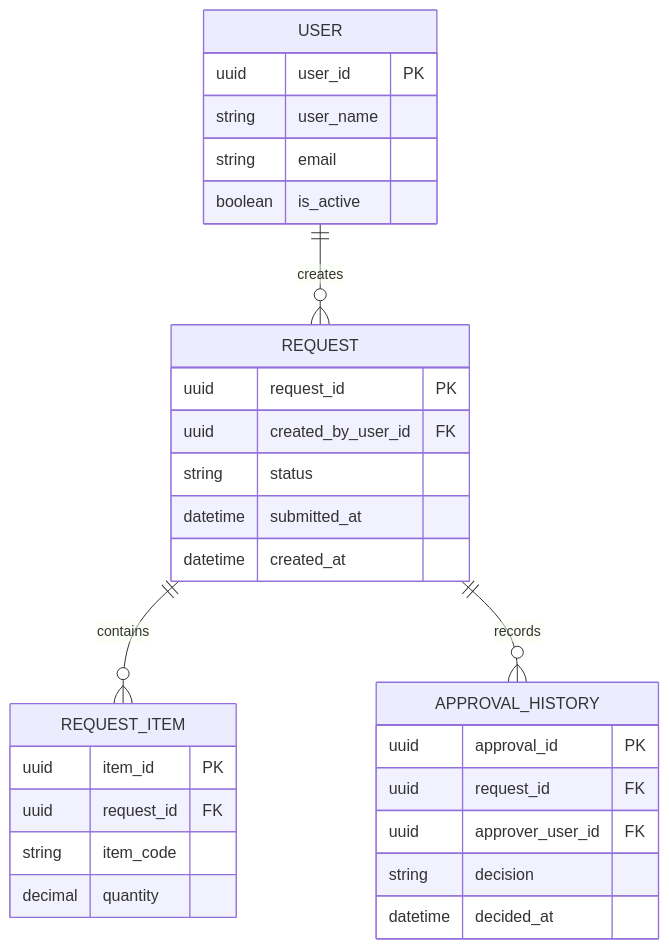
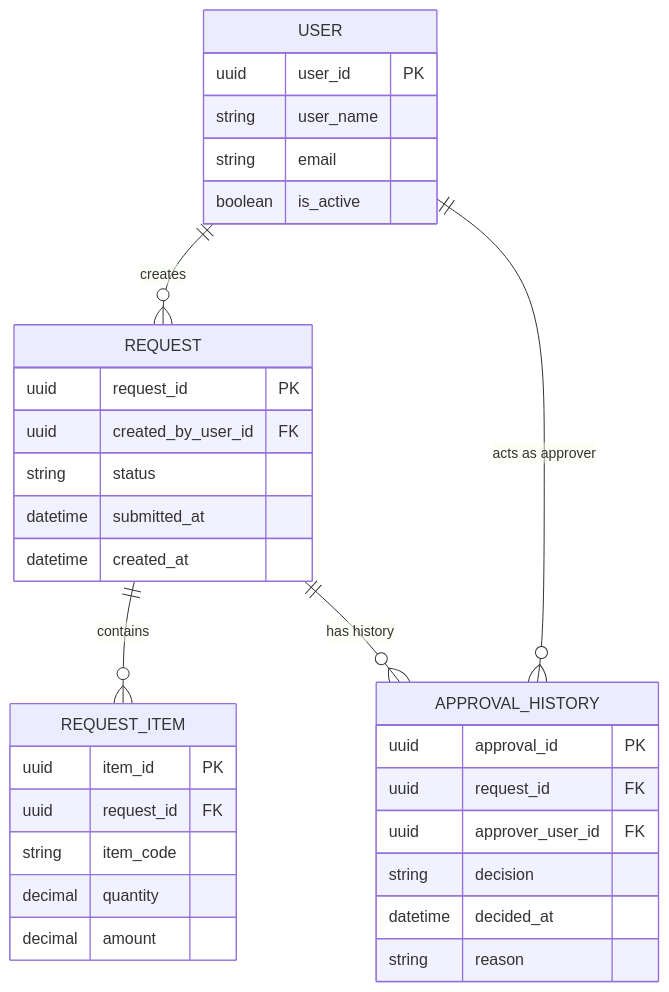
Before and after one commit to Ducklazy231/system-analysis-skill: the diagram in examples/diagrams/erd-request-management.mmd, drawn with Mermaid.

Commit message:
examples: align editable ERD source with no-overlap SVG and explicit FK relations

```diff
--- a/examples/diagrams/erd-request-management.mmd
+++ b/examples/diagrams/erd-request-management.mmd
@@ -1,34 +1,42 @@
+%% Illustrative schema, not an approved database implementation.
+%% The rendered SVG is the layout reference with explicit horizontal PK/FK group divider lines.
+%% Mermaid ER syntax describes relationships, but does not guarantee the requested table section separators.
+%% For full-size, no-overlap export see erd-request-management.svg.
+
 erDiagram
-    USER ||--o{ REQUEST : creates
-    REQUEST ||--o{ REQUEST_ITEM : contains
-    REQUEST ||--o{ APPROVAL_HISTORY : records
+    USER ||--o{ REQUEST : "creates"
+    REQUEST ||--o{ REQUEST_ITEM : "contains"
+    REQUEST ||--o{ APPROVAL_HISTORY : "has history"
+    USER ||--o{ APPROVAL_HISTORY : "acts as approver"
 
     USER {
         uuid user_id PK
         string user_name
         string email
         boolean is_active
     }
 
     REQUEST {
         uuid request_id PK
         uuid created_by_user_id FK
         string status
         datetime submitted_at
         datetime created_at
     }
 
     REQUEST_ITEM {
         uuid item_id PK
         uuid request_id FK
         string item_code
         decimal quantity
+        decimal amount
     }
 
     APPROVAL_HISTORY {
         uuid approval_id PK
         uuid request_id FK
         uuid approver_user_id FK
         string decision
         datetime decided_at
+        string reason
     }
```
